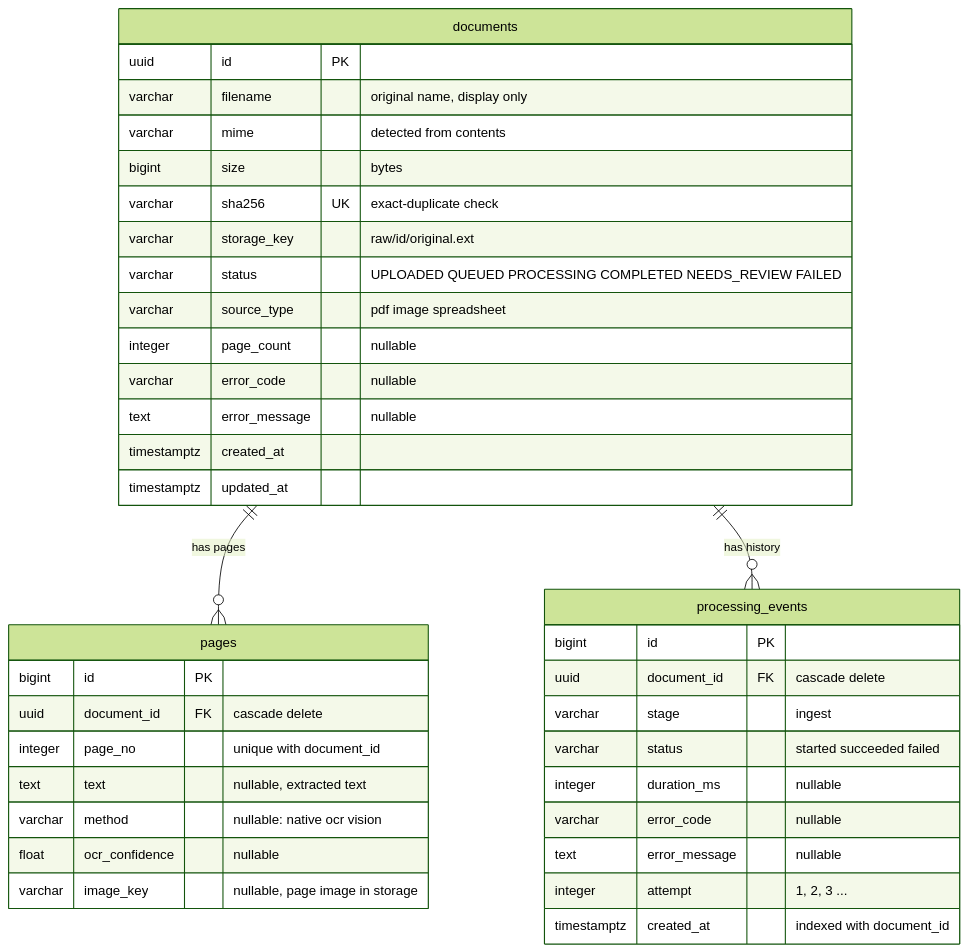
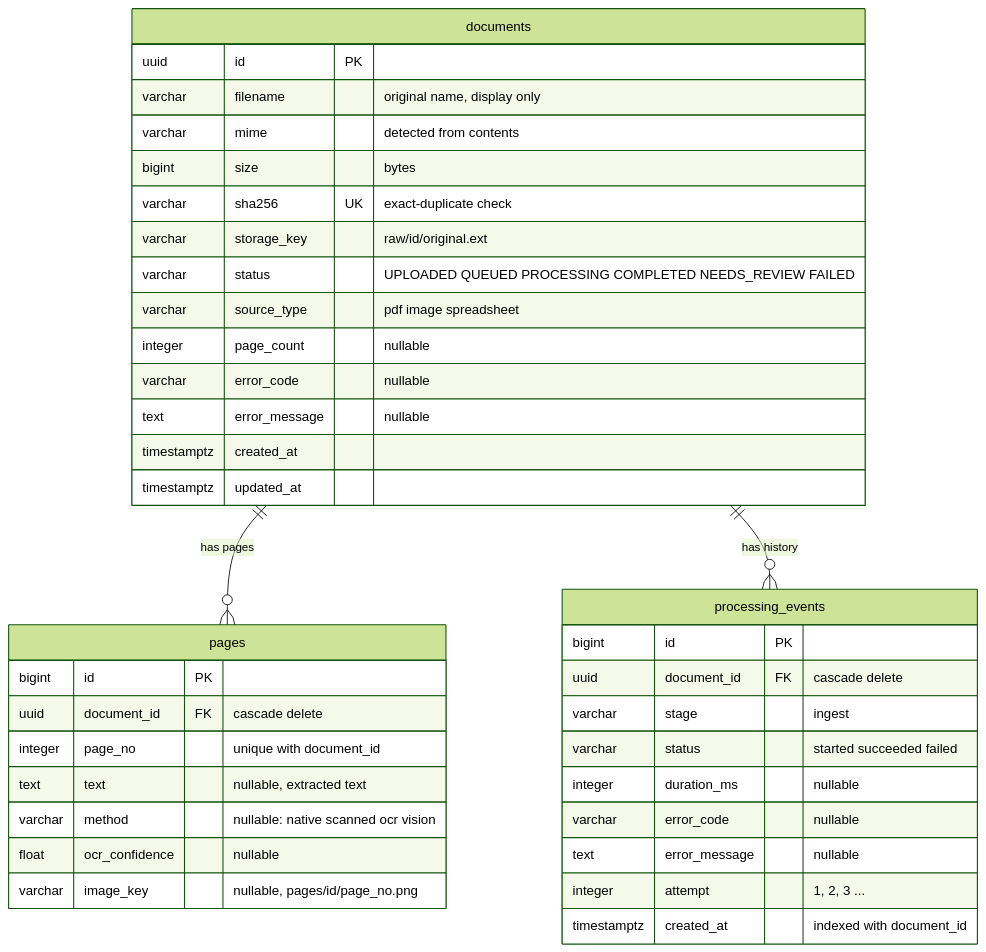
The second of 3 diagrams in docs/database-schema.md (MdAshiqurRahmanZayed/ai-document-intelligence), drawn with Mermaid (forest theme) before and after one commit. The commit also changed other lines of this file and 9 other files, not shown here.

First line of the commit message:
feat(pdf): extract per-page text and flag scanned pages

````diff
--- a/docs/database-schema.md
+++ b/docs/database-schema.md
@@ -27,43 +27,43 @@
 ```mermaid
 erDiagram
     documents ||--o{ pages : "has pages"
     documents ||--o{ processing_events : "has history"
 
     documents {
         uuid id PK
         varchar filename "original name, display only"
         varchar mime "detected from contents"
         bigint size "bytes"
         varchar sha256 UK "exact-duplicate check"
         varchar storage_key "raw/id/original.ext"
         varchar status "UPLOADED QUEUED PROCESSING COMPLETED NEEDS_REVIEW FAILED"
         varchar source_type "pdf image spreadsheet"
         integer page_count "nullable"
         varchar error_code "nullable"
         text error_message "nullable"
         timestamptz created_at
         timestamptz updated_at
     }
 
     pages {
         bigint id PK
         uuid document_id FK "cascade delete"
         integer page_no "unique with document_id"
         text text "nullable, extracted text"
-        varchar method "nullable: native ocr vision"
+        varchar method "nullable: native scanned ocr vision"
         float ocr_confidence "nullable"
-        varchar image_key "nullable, page image in storage"
+        varchar image_key "nullable, pages/id/page_no.png"
     }
 
     processing_events {
         bigint id PK
         uuid document_id FK "cascade delete"
         varchar stage "ingest"
         varchar status "started succeeded failed"
         integer duration_ms "nullable"
         varchar error_code "nullable"
         text error_message "nullable"
         integer attempt "1, 2, 3 ..."
         timestamptz created_at "indexed with document_id"
     }
 ```
````
